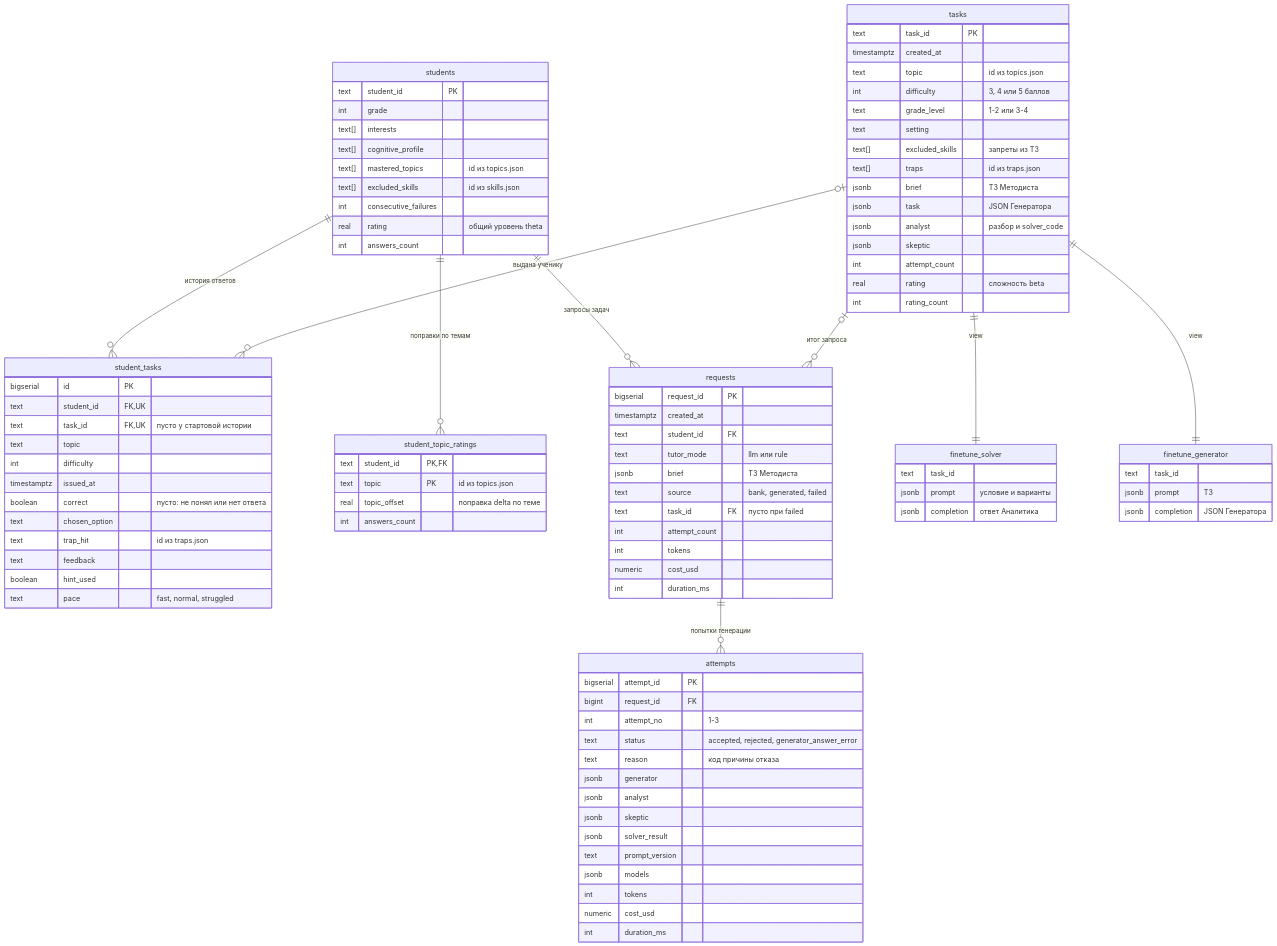
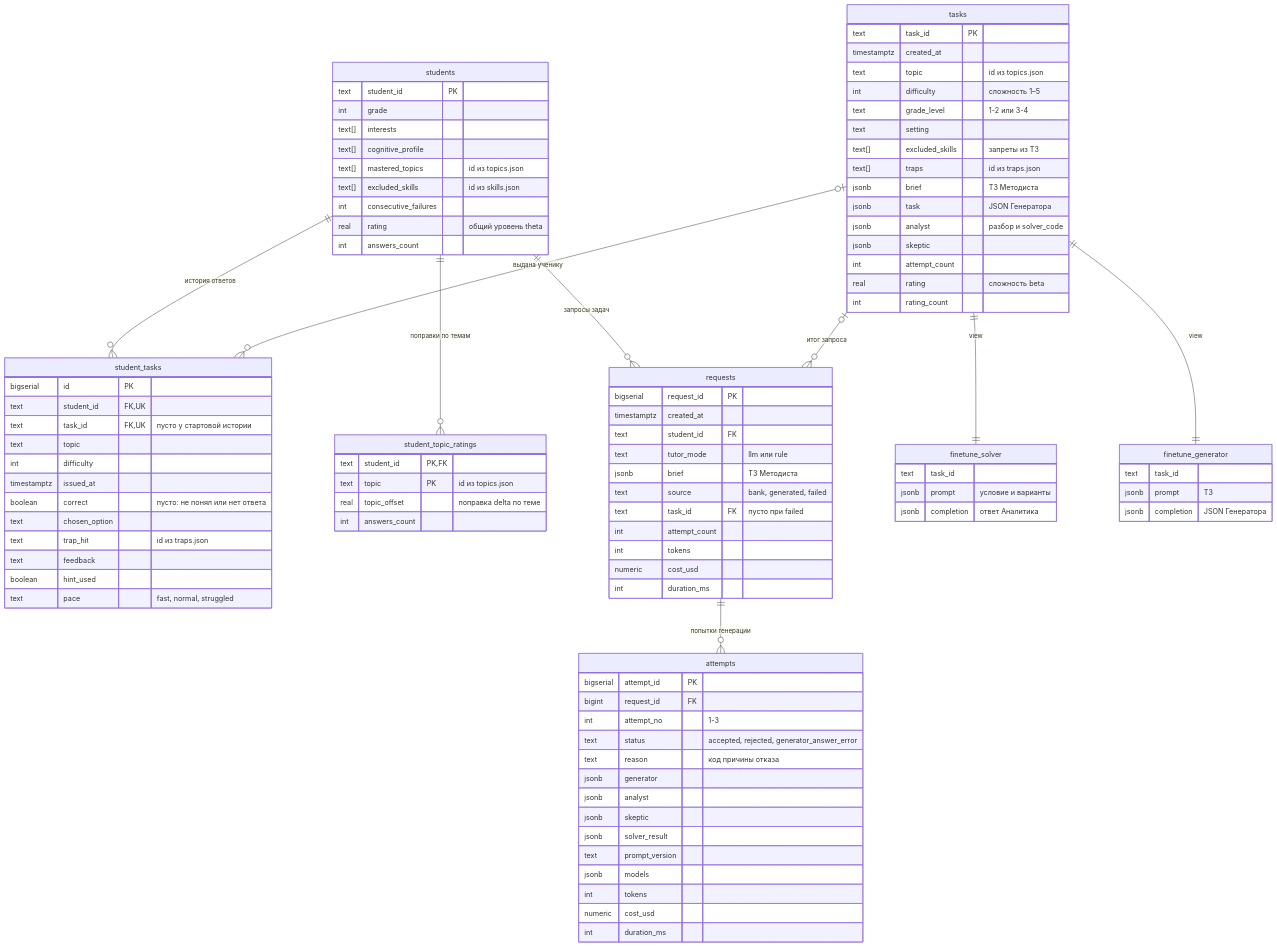
One commit to MathTrail/llm-taskgen-prototype changed the diagram in docs/architecture/03-data-model.md. Above: the diagram before and after it, drawn with Mermaid. The commit also changed other lines of this file and 27 other files, not shown here.

```diff
--- a/docs/architecture/03-data-model.md
+++ b/docs/architecture/03-data-model.md
@@ -40,7 +40,7 @@
         text task_id PK
         timestamptz created_at
         text topic "id из topics.json"
-        int difficulty "3, 4 или 5 баллов"
+        int difficulty "сложность 1–5"
         text grade_level "1-2 или 3-4"
         text setting
         text[] excluded_skills "запреты из ТЗ"
```
